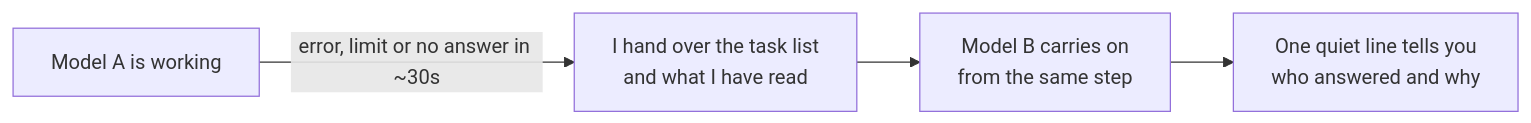
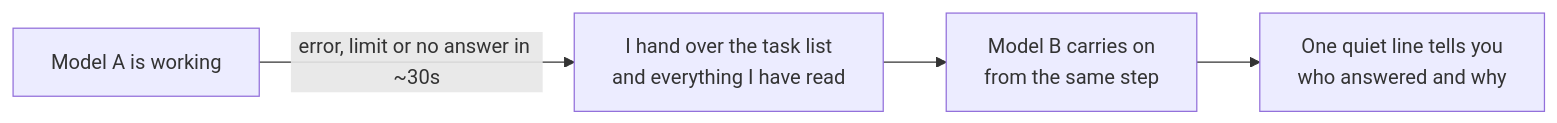
The second of 3 diagrams in README.md (AnfalHaider/bunny-ai), drawn with Mermaid before and after one commit. The commit also changed other lines of this file, not shown here.

Commit message:
README: Bunny markets herself in a grumpy, bossy and adorable voice (facts, pictures and diagrams unchanged)

````diff
--- a/README.md
+++ b/README.md
@@ -60,6 +60,6 @@
 ```mermaid
 flowchart LR
-    M1["Model A is working"] -->|"error, limit or no answer in ~30s"| H["I hand over the task list<br/>and what I have read"]
+    M1["Model A is working"] -->|"error, limit or no answer in ~30s"| H["I hand over the task list<br/>and everything I have read"]
     H --> M2["Model B carries on<br/>from the same step"]
     M2 --> R["One quiet line tells you<br/>who answered and why"]
 ```
````
